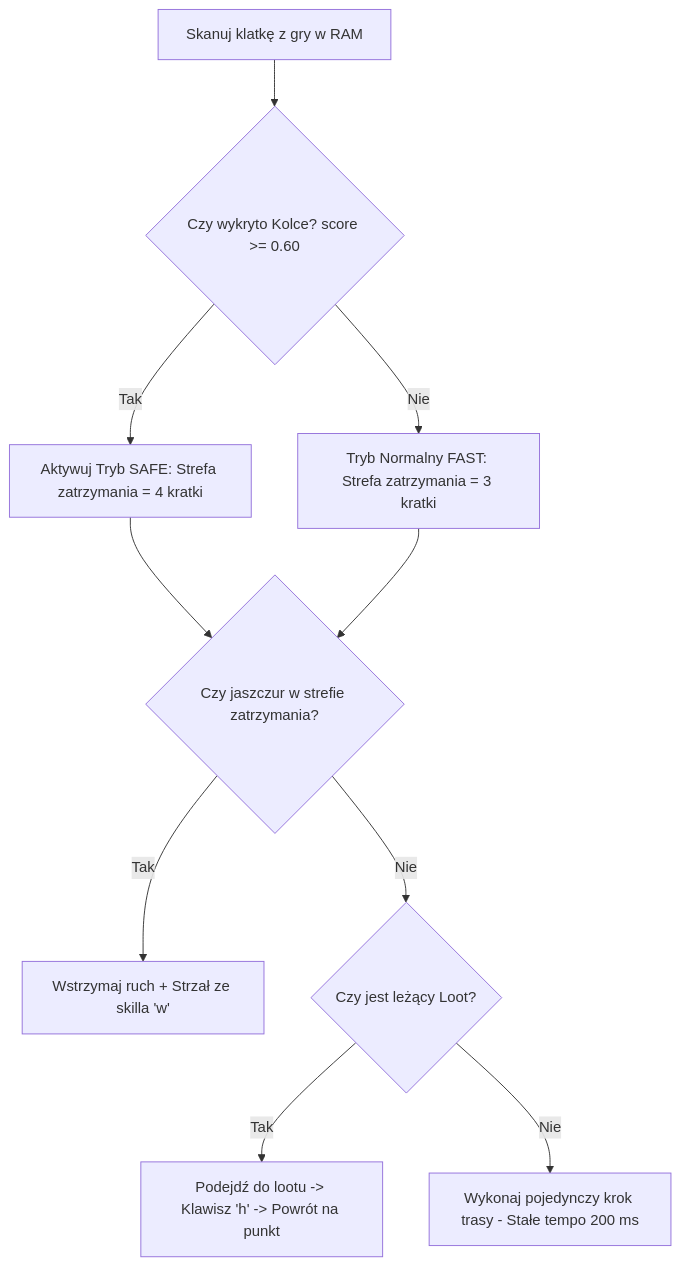
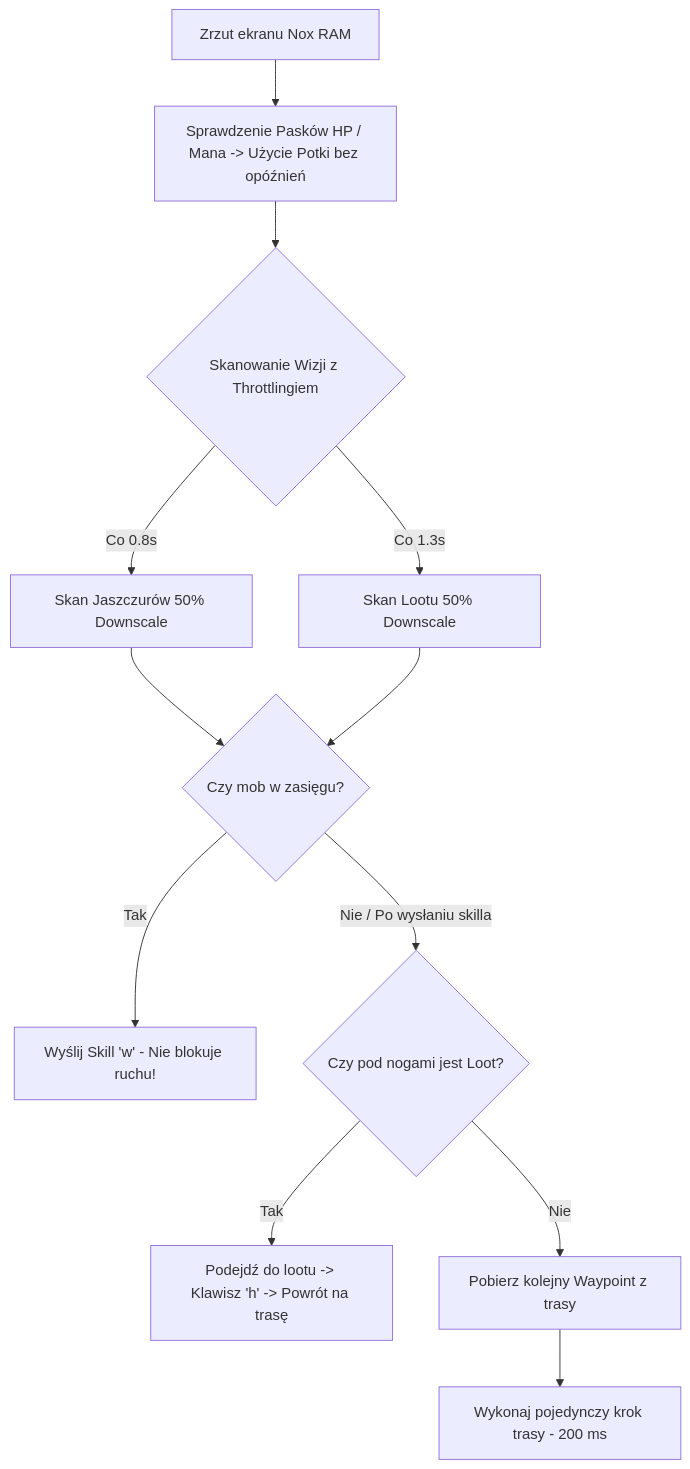
One commit to Anti0I/rucoy changed the diagram in CONTEXT.md. Above: the diagram before and after it, drawn with Mermaid. The commit also changed other lines of this file, not shown here.

````diff
--- a/CONTEXT.md
+++ b/CONTEXT.md
@@ -101,12 +96,13 @@
 ```mermaid
 graph TD
-    A[Skanuj klatkę z gry w RAM] --> B{Czy wykryto Kolce? score >= 0.60}
-    B -- Tak --> C[Aktywuj Tryb SAFE: Strefa zatrzymania = 4 kratki]
-    B -- Nie --> D[Tryb Normalny FAST: Strefa zatrzymania = 3 kratki]
-    C --> E{Czy jaszczur w strefie zatrzymania?}
-    D --> E
-    E -- Tak --> F[Wstrzymaj ruch + Strzał ze skilla 'w']
-    E -- Nie --> G{Czy jest leżący Loot?}
-    G -- Tak --> H[Podejdź do lootu -> Klawisz 'h' -> Powrót na punkt]
-    G -- Nie --> I[Wykonaj pojedynczy krok trasy - Stałe tempo 200 ms]
+    A[Zrzut ekranu Nox RAM] --> B[Sprawdzenie Pasków HP / Mana -> Użycie Potki bez opóźnień]
+    B --> C{Skanowanie Wizji z Throttlingiem}
+    C -- Co 0.8s --> D[Skan Jaszczurów 50% Downscale]
+    C -- Co 1.3s --> E[Skan Lootu 50% Downscale]
+    D & E --> F{Czy mob w zasięgu?}
+    F -- Tak --> G[Wyślij Skill 'w' - Nie blokuje ruchu!]
+    F -- Nie / Po wysłaniu skilla --> H{Czy pod nogami jest Loot?}
+    H -- Tak --> I[Podejdź do lootu -> Klawisz 'h' -> Powrót na trasę]
+    H -- Nie --> J[Pobierz kolejny Waypoint z trasy]
+    J --> K[Wykonaj pojedynczy krok trasy - 200 ms]
 ```
````
